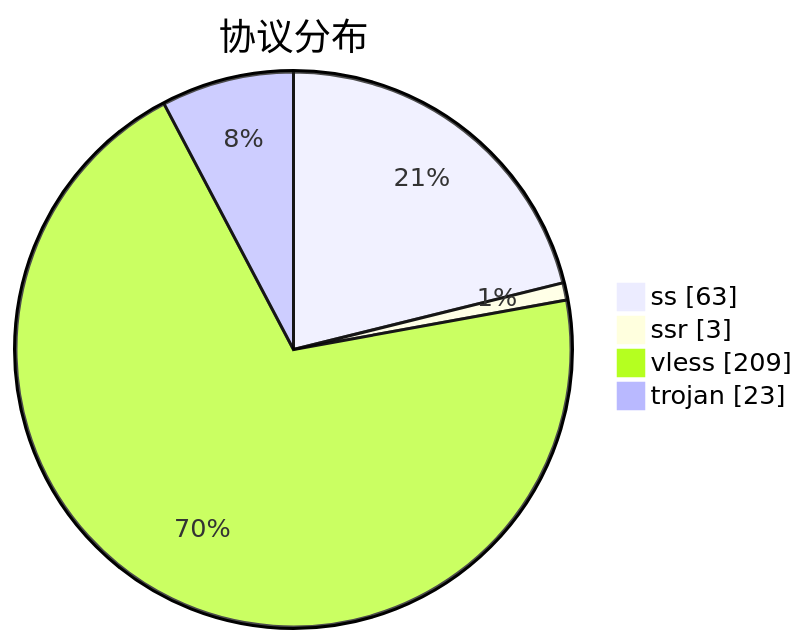
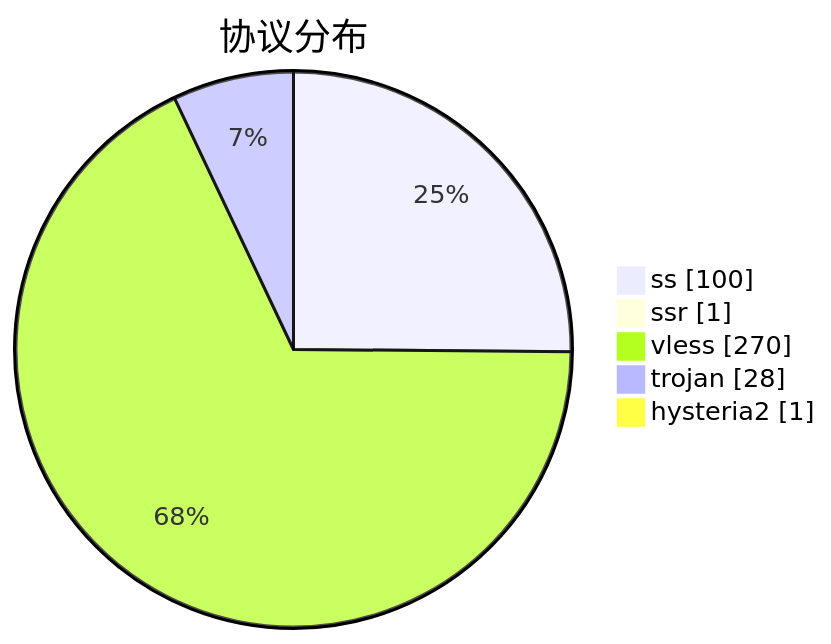
The third of 3 diagrams in subs/statistics/tested_within.md (qjlxg/airport), drawn with Mermaid before and after one commit. The commit also changed other lines of this file and 2 other files, not shown here.

````diff
--- a/subs/statistics/tested_within.md
+++ b/subs/statistics/tested_within.md
@@ -32,8 +33,9 @@
 ```mermaid
 pie showData
 title 协议分布
-"ss" : 63
-"ssr" : 3
-"vless" : 209
-"trojan" : 23
+"ss" : 100
+"ssr" : 1
+"vless" : 270
+"trojan" : 28
+"hysteria2" : 1
 ```
````
